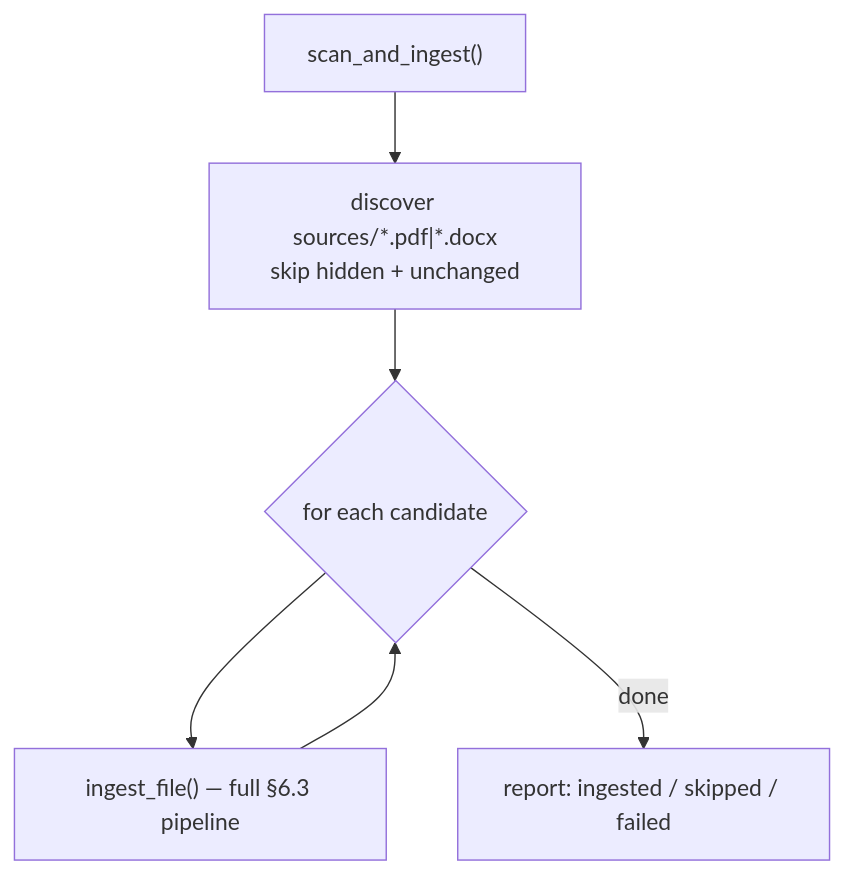
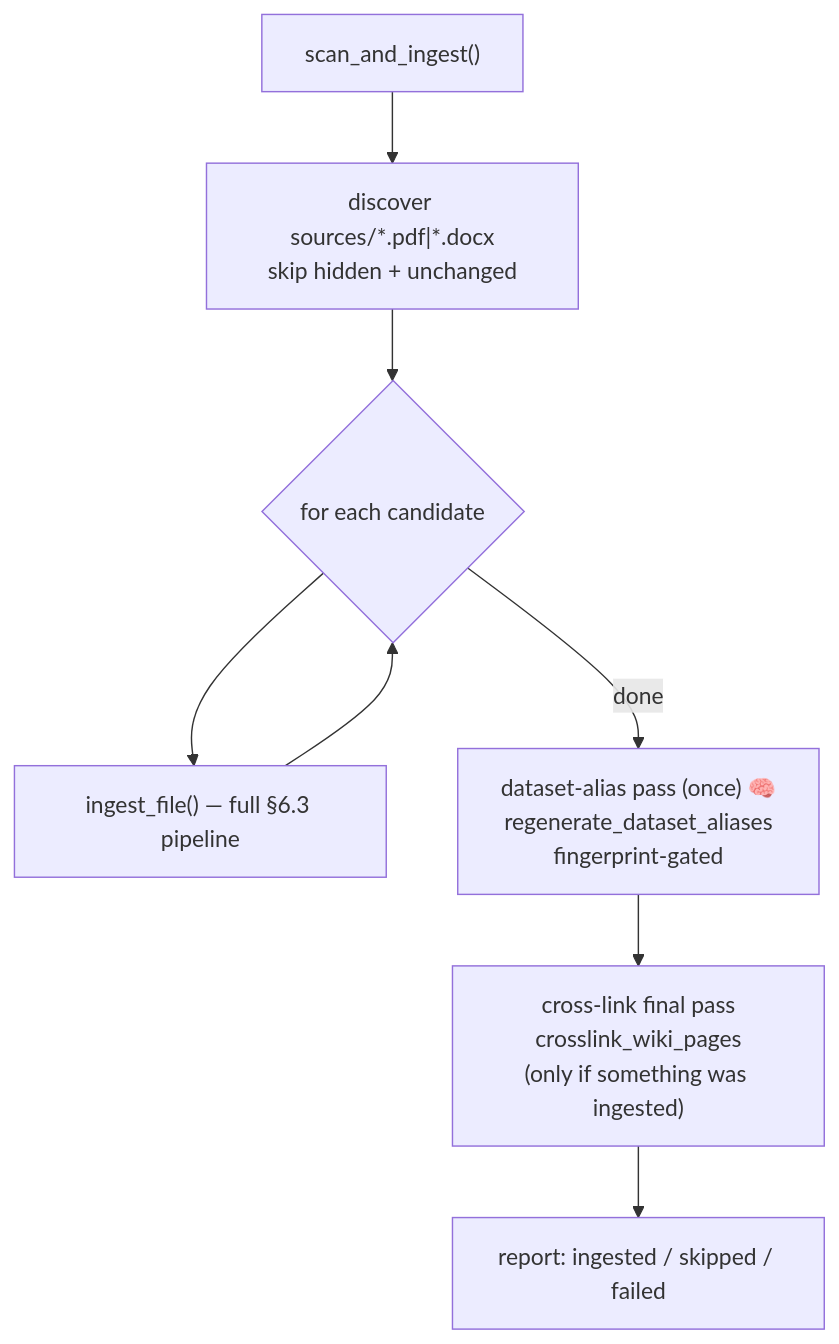
The fifth of 10 diagrams in docs/manual/workflows.md (Clod/llmwiki-marimo), drawn with Mermaid before and after one commit. The commit also changed other lines of this file, not shown here.

````diff
--- a/docs/manual/workflows.md
+++ b/docs/manual/workflows.md
@@ -473,8 +513,10 @@
 ```mermaid
 flowchart TD
     S["scan_and_ingest()"] --> D["discover sources/*.pdf|*.docx<br/>skip hidden + unchanged"]
     D --> LP{"for each candidate"}
     LP --> I["ingest_file() — full §6.3 pipeline"]
     I --> LP
-    LP -->|done| R["report: ingested / skipped / failed"]
+    LP -->|done| DA["dataset-alias pass (once) 🧠<br/>regenerate_dataset_aliases<br/>fingerprint-gated"]
+    DA --> CL["cross-link final pass<br/>crosslink_wiki_pages<br/>(only if something was ingested)"]
+    CL --> R["report: ingested / skipped / failed"]
 ```
````
